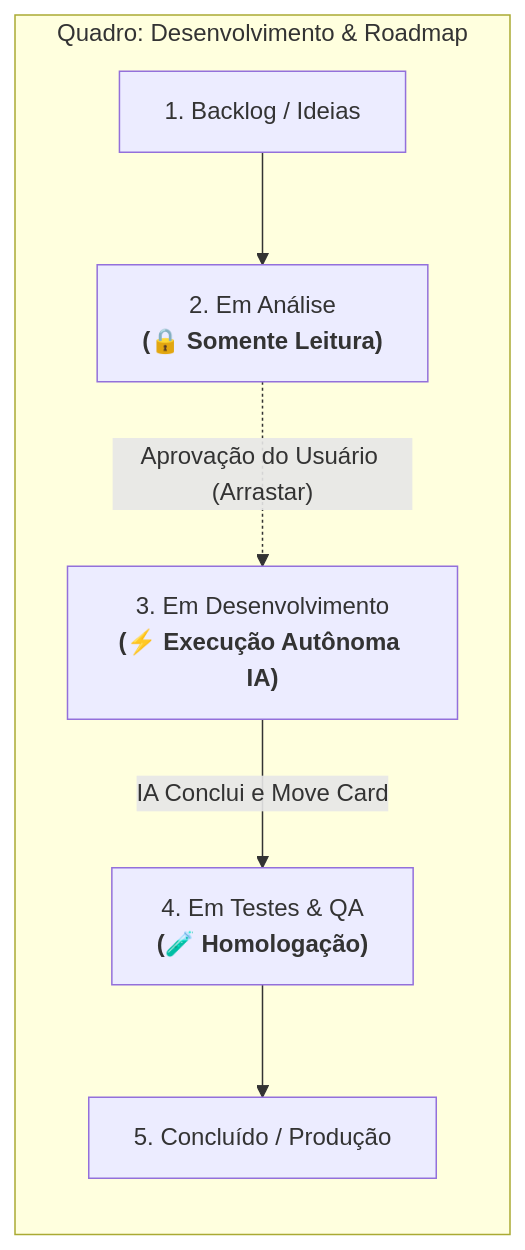
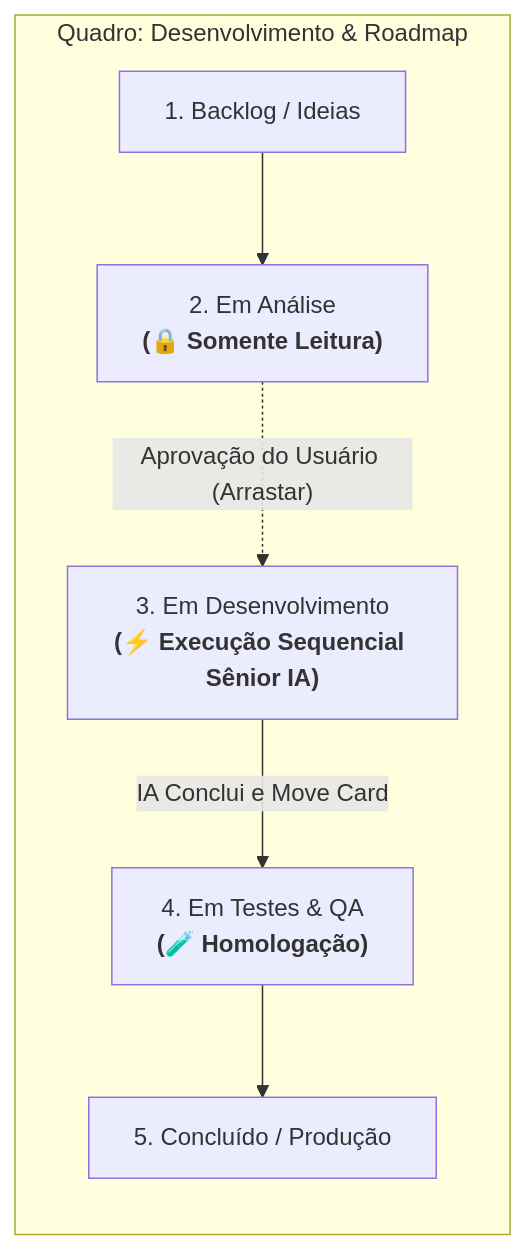
The first of 2 diagrams in .agents/skills/fila-dev/SKILL.md (RonaldoXpointSolucoes/server-chatbot), drawn with Mermaid before and after one commit. The commit also changed other lines of this file and 8 other files, not shown here.

````diff
--- a/.agents/skills/fila-dev/SKILL.md
+++ b/.agents/skills/fila-dev/SKILL.md
@@ -16,9 +16,9 @@
 ```mermaid
 graph LR
     subgraph CRM_KANBAN["Quadro: Desenvolvimento & Roadmap"]
         A["1. Backlog / Ideias"] --> B["2. Em Análise<br/><b>(🔒 Somente Leitura)</b>"]
-        B -.->|"Aprovação do Usuário (Arrastar)"| C["3. Em Desenvolvimento<br/><b>(⚡ Execução Autônoma IA)</b>"]
+        B -.->|"Aprovação do Usuário (Arrastar)"| C["3. Em Desenvolvimento<br/><b>(⚡ Execução Sequencial Sênior IA)</b>"]
         C -->|"IA Conclui e Move Card"| D["4. Em Testes & QA<br/><b>(🧪 Homologação)</b>"]
         D --> E["5. Concluído / Produção"]
     end
 ```
````
